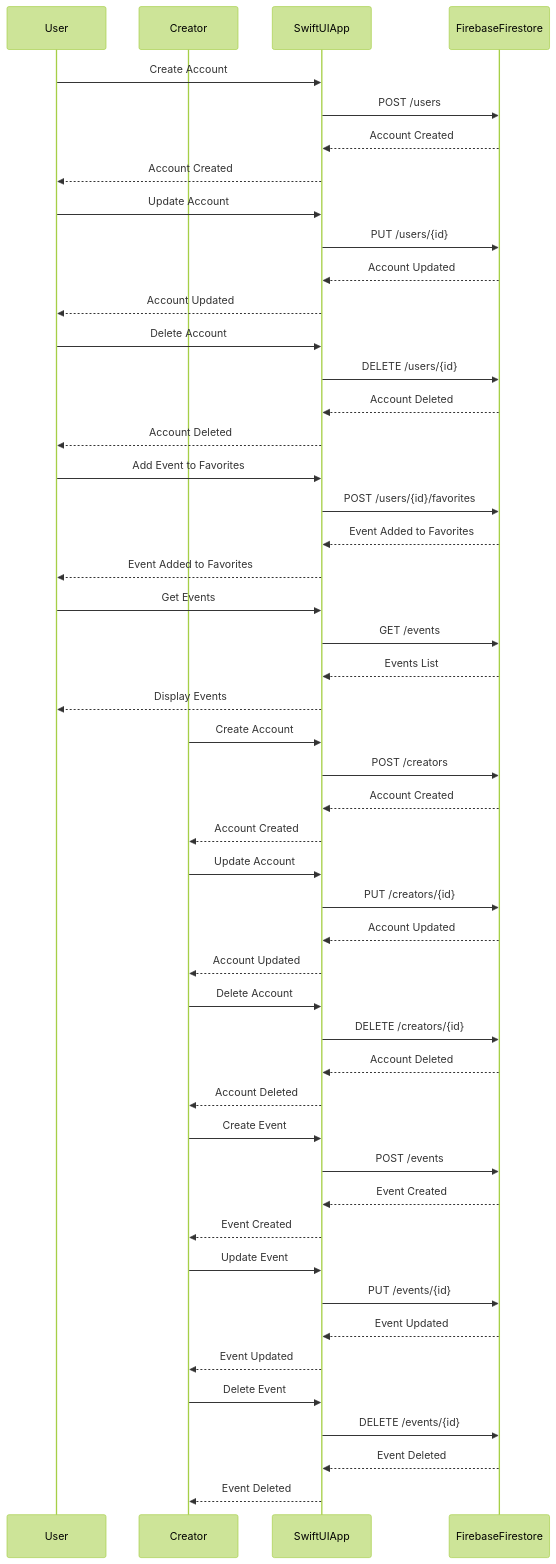
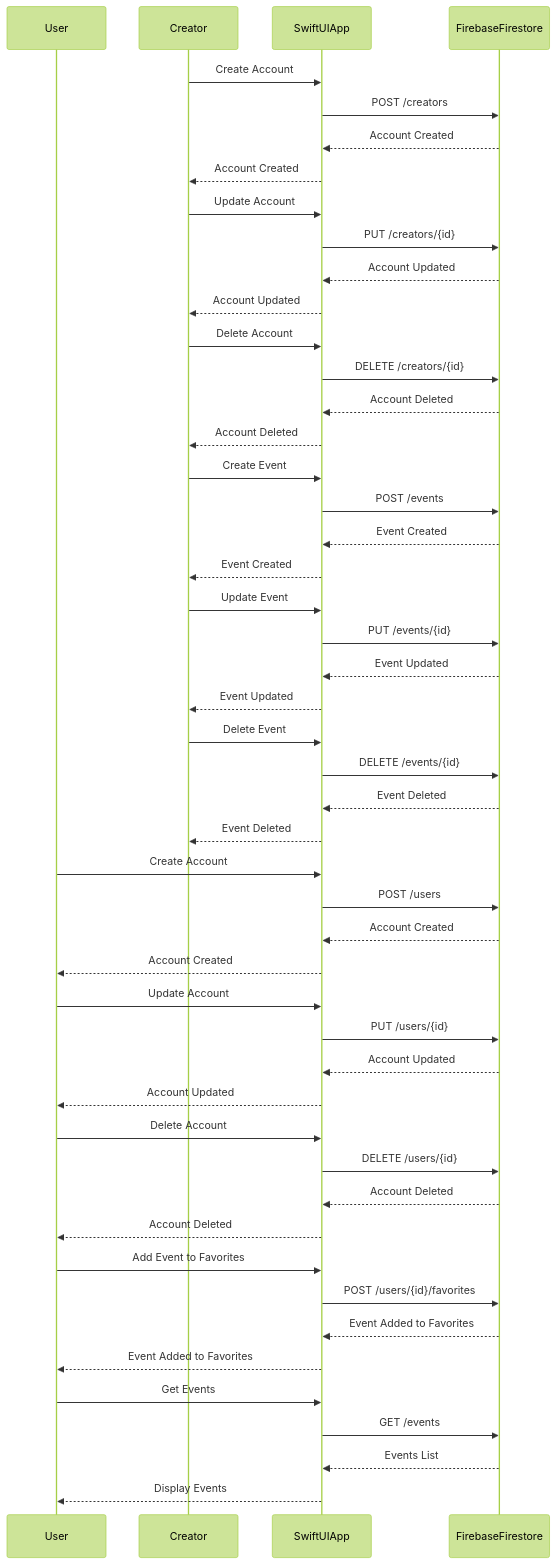
The second of 2 diagrams in doc/2-Technical_Documentation.md (vlldnt/Portfolio-IAKOA), drawn with Mermaid (forest theme) before and after one commit. The commit also changed other lines of this file, not shown here.

Commit message:
fix: changing order sequence diagram

````diff
--- a/doc/2-Technical_Documentation.md
+++ b/doc/2-Technical_Documentation.md
@@ -106,65 +106,65 @@
 ```mermaid
 sequenceDiagram
     participant User
     participant Creator
     participant SwiftUIApp
     participant FirebaseFirestore
-
-    %% User Operations
-    User->>SwiftUIApp: Create Account
-    SwiftUIApp->>FirebaseFirestore: POST /users
-    FirebaseFirestore-->>SwiftUIApp: Account Created
-    SwiftUIApp-->>User: Account Created
-
-    User->>SwiftUIApp: Update Account
-    SwiftUIApp->>FirebaseFirestore: PUT /users/{id}
-    FirebaseFirestore-->>SwiftUIApp: Account Updated
-    SwiftUIApp-->>User: Account Updated
-
-    User->>SwiftUIApp: Delete Account
-    SwiftUIApp->>FirebaseFirestore: DELETE /users/{id}
-    FirebaseFirestore-->>SwiftUIApp: Account Deleted
-    SwiftUIApp-->>User: Account Deleted
-
-    User->>SwiftUIApp: Add Event to Favorites
-    SwiftUIApp->>FirebaseFirestore: POST /users/{id}/favorites
-    FirebaseFirestore-->>SwiftUIApp: Event Added to Favorites
-    SwiftUIApp-->>User: Event Added to Favorites
-
-    User->>SwiftUIApp: Get Events
-    SwiftUIApp->>FirebaseFirestore: GET /events
-    FirebaseFirestore-->>SwiftUIApp: Events List
-    SwiftUIApp-->>User: Display Events
 
     %% Creator Operations
     Creator->>SwiftUIApp: Create Account
     SwiftUIApp->>FirebaseFirestore: POST /creators
     FirebaseFirestore-->>SwiftUIApp: Account Created
     SwiftUIApp-->>Creator: Account Created
 
     Creator->>SwiftUIApp: Update Account
     SwiftUIApp->>FirebaseFirestore: PUT /creators/{id}
     FirebaseFirestore-->>SwiftUIApp: Account Updated
     SwiftUIApp-->>Creator: Account Updated
 
     Creator->>SwiftUIApp: Delete Account
     SwiftUIApp->>FirebaseFirestore: DELETE /creators/{id}
     FirebaseFirestore-->>SwiftUIApp: Account Deleted
     SwiftUIApp-->>Creator: Account Deleted
 
     Creator->>SwiftUIApp: Create Event
     SwiftUIApp->>FirebaseFirestore: POST /events
     FirebaseFirestore-->>SwiftUIApp: Event Created
     SwiftUIApp-->>Creator: Event Created
 
     Creator->>SwiftUIApp: Update Event
     SwiftUIApp->>FirebaseFirestore: PUT /events/{id}
     FirebaseFirestore-->>SwiftUIApp: Event Updated
     SwiftUIApp-->>Creator: Event Updated
 
     Creator->>SwiftUIApp: Delete Event
     SwiftUIApp->>FirebaseFirestore: DELETE /events/{id}
     FirebaseFirestore-->>SwiftUIApp: Event Deleted
     SwiftUIApp-->>Creator: Event Deleted
 
+    %% User Operations
+    User->>SwiftUIApp: Create Account
+    SwiftUIApp->>FirebaseFirestore: POST /users
+    FirebaseFirestore-->>SwiftUIApp: Account Created
+    SwiftUIApp-->>User: Account Created
+
+    User->>SwiftUIApp: Update Account
+    SwiftUIApp->>FirebaseFirestore: PUT /users/{id}
+    FirebaseFirestore-->>SwiftUIApp: Account Updated
+    SwiftUIApp-->>User: Account Updated
+
+    User->>SwiftUIApp: Delete Account
+    SwiftUIApp->>FirebaseFirestore: DELETE /users/{id}
+    FirebaseFirestore-->>SwiftUIApp: Account Deleted
+    SwiftUIApp-->>User: Account Deleted
+
+    User->>SwiftUIApp: Add Event to Favorites
+    SwiftUIApp->>FirebaseFirestore: POST /users/{id}/favorites
+    FirebaseFirestore-->>SwiftUIApp: Event Added to Favorites
+    SwiftUIApp-->>User: Event Added to Favorites
+
+    User->>SwiftUIApp: Get Events
+    SwiftUIApp->>FirebaseFirestore: GET /events
+    FirebaseFirestore-->>SwiftUIApp: Events List
+    SwiftUIApp-->>User: Display Events
+
 ```
````
